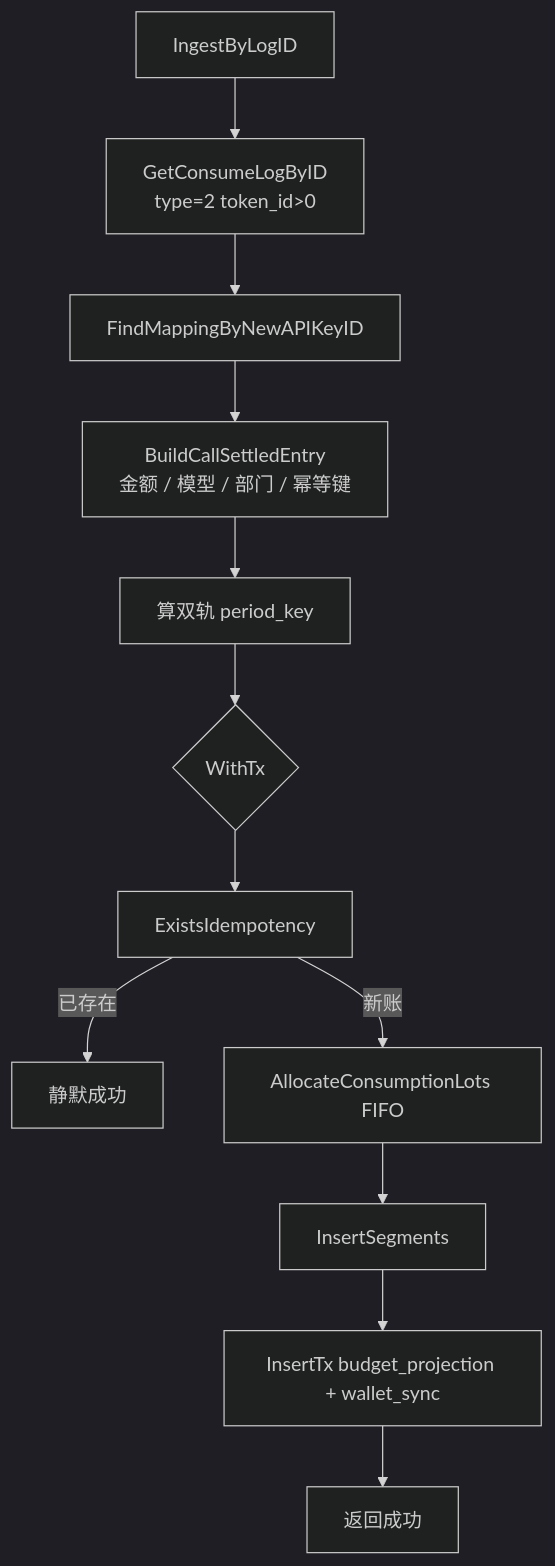
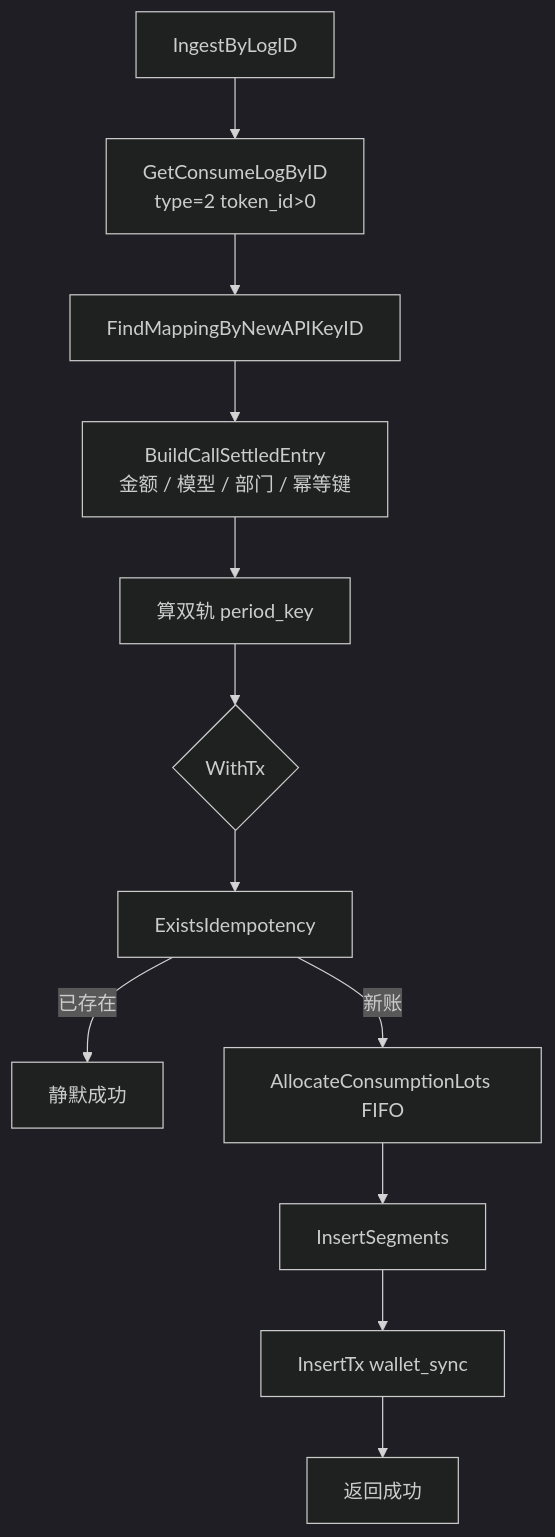
Before and after one commit to quyip8818/mytokenjoy: the sixth of 9 diagrams in docs/Backend-Ingest架构.md, drawn with Mermaid (dark theme). The commit also changed other lines of this file and 17 other files, not shown here.

````diff
--- a/docs/Backend-Ingest架构.md
+++ b/docs/Backend-Ingest架构.md
@@ -248,14 +248,14 @@
 ```mermaid
 flowchart TB
   A[IngestByLogID] --> B[GetConsumeLogByID<br/>type=2 token_id>0]
   B --> C[FindMappingByNewAPIKeyID]
   C --> D[BuildCallSettledEntry<br/>金额 / 模型 / 部门 / 幂等键]
   D --> E[算双轨 period_key]
   E --> F{WithTx}
   F --> G[ExistsIdempotency]
   G -->|已存在| Z[静默成功]
   G -->|新账| H[AllocateConsumptionLots FIFO]
   H --> I[InsertSegments]
-  I --> J[InsertTx budget_projection + wallet_sync]
+  I --> J[InsertTx wallet_sync]
   J --> Z2[返回成功]
 ```
````
